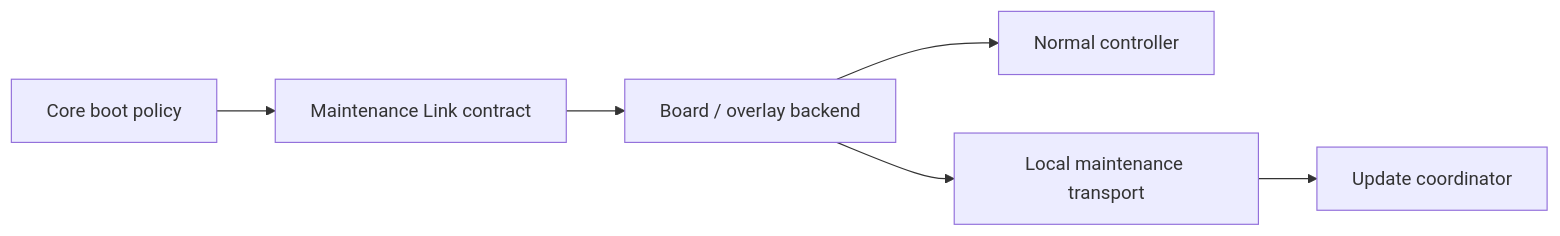
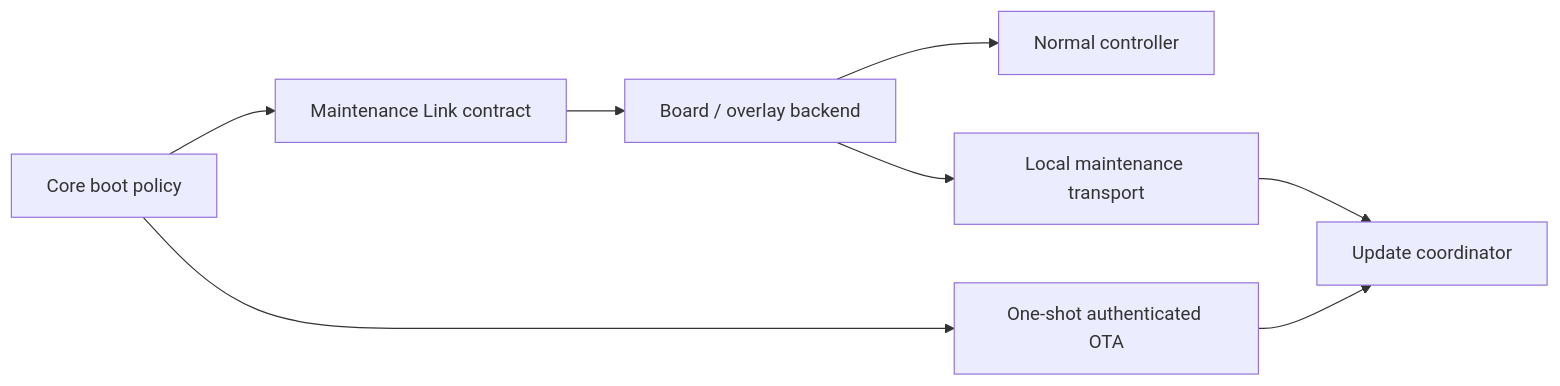
Before and after one commit to andreapiccini/SpaghettiLAB: diagram 14 of 20 in Firmware/core/ARCHITECTURE.md, drawn with Mermaid. The commit also changed other lines of this file and 28 other files, not shown here.

Commit message:
added ota wifi authenticated

````diff
--- a/Firmware/core/ARCHITECTURE.md
+++ b/Firmware/core/ARCHITECTURE.md
@@ -621,8 +621,10 @@
 ```mermaid
 flowchart LR
     CORE["Core boot policy"] --> LINK["Maintenance Link contract"]
     LINK --> BOARD["Board / overlay backend"]
     BOARD --> NORMAL["Normal controller"]
     BOARD --> LOCAL["Local maintenance transport"]
     LOCAL --> UPDATE["Update coordinator"]
+    CORE --> OTA["One-shot authenticated OTA"]
+    OTA --> UPDATE
 ```
````
